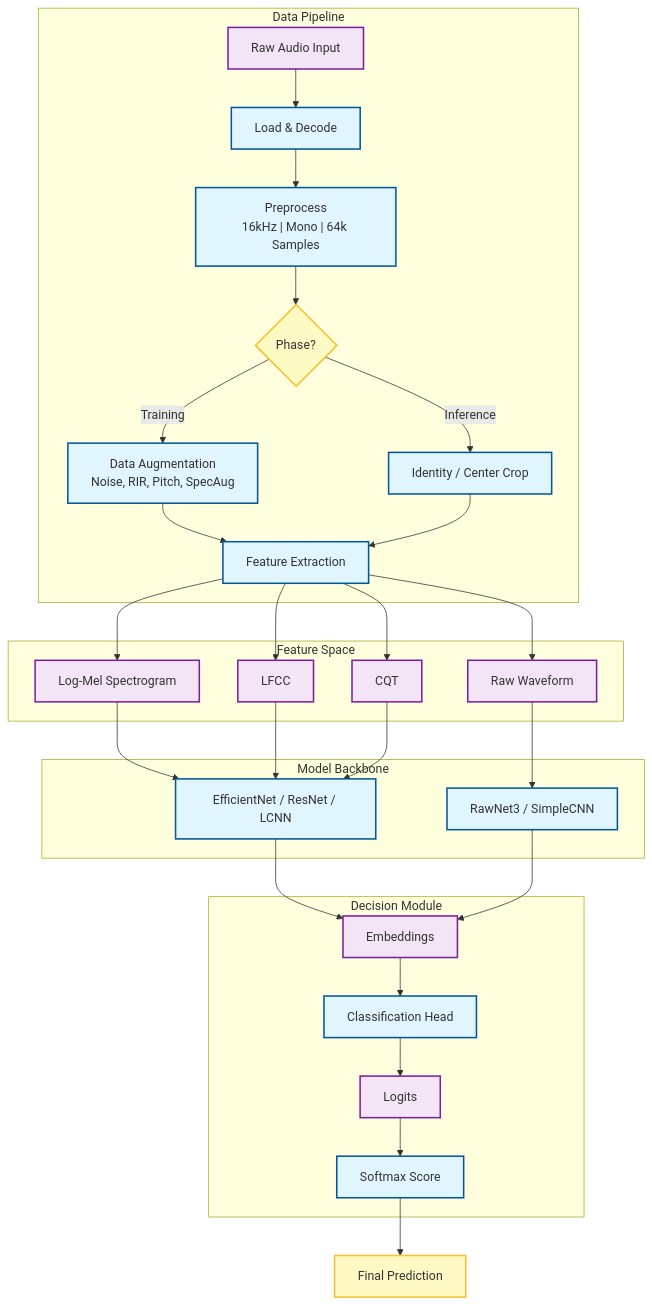
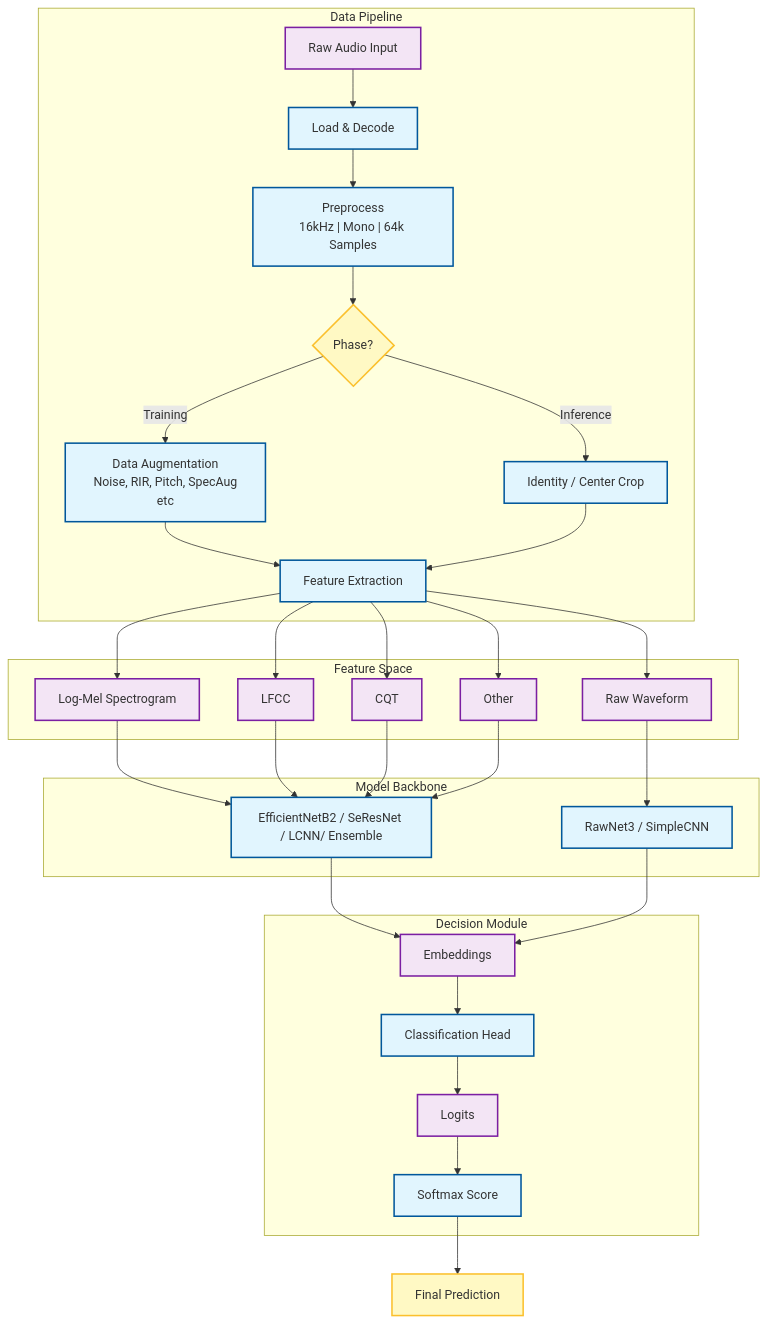
Before and after one commit to gkibria121/ai-voice-detector: the first of 4 diagrams in docs/methodology.md, drawn with Mermaid. The commit also changed other lines of this file and 2 other files, not shown here.

Commit message:
refactor: Update feature type documentation and improve clarity in main.py and methodology.md

````diff
--- a/docs/methodology.md
+++ b/docs/methodology.md
@@ -3,43 +3,46 @@
 ```mermaid
 graph TD
     %% System Architecture Diagram
     classDef process fill:#e1f5fe,stroke:#01579b,stroke-width:2px;
     classDef decision fill:#fff9c4,stroke:#fbc02d,stroke-width:2px;
     classDef storage fill:#f3e5f5,stroke:#7b1fa2,stroke-width:2px;
 
     subgraph "Data Pipeline"
         Input[Raw Audio Input]:::storage --> Load[Load & Decode]:::process
-        Load --> Norm["Preprocess\n16kHz | Mono | 64k Samples"]:::process
+        Load --> Norm["Preprocess</br>16kHz | Mono | 64k Samples"]:::process
         Norm --> Split{Phase?}:::decision
         
-        Split -- Training --> Aug["Data Augmentation\nNoise, RIR, Pitch, SpecAug"]:::process
+        Split -- Training --> Aug[Data Augmentation</br> Noise, RIR, Pitch, SpecAug etc]:::process
         Split -- Inference --> Clean[Identity / Center Crop]:::process
         
         Aug --> Feat[Feature Extraction]:::process
         Clean --> Feat
     end
 
     subgraph "Feature Space"
         Feat --> Mel[Log-Mel Spectrogram]:::storage
         Feat --> LFCC[LFCC]:::storage
         Feat --> CQT[CQT]:::storage
+        Feat --> OtherFeature[Other]:::storage
         Feat --> Raw[Raw Waveform]:::storage
+     
     end
 
     subgraph "Model Backbone"
-        Mel --> CNN[EfficientNet / ResNet / LCNN]:::process
+        Mel --> CNN[EfficientNetB2 / SeResNet / LCNN/ Ensemble ]:::process
         LFCC --> CNN
         CQT --> CNN
+        OtherFeature --> CNN
         Raw --> RawNet[RawNet3 / SimpleCNN]:::process
     end
 
     subgraph "Decision Module"
         CNN --> Emb[Embeddings]:::storage
         RawNet --> Emb
         Emb --> Head[Classification Head]:::process
         Head --> Logits[Logits]:::storage
         Logits --> Softmax[Softmax Score]:::process
     end
 
     Softmax --> Output[Final Prediction]:::decision
 ```
````
